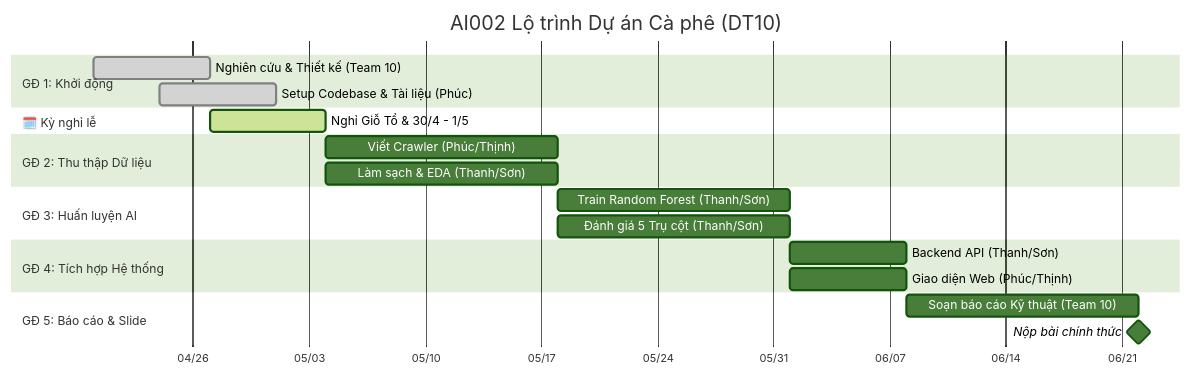
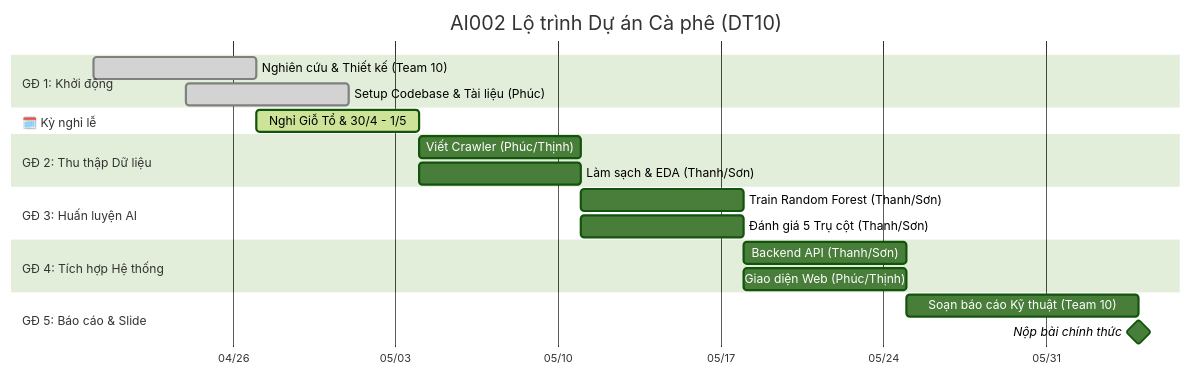
Before and after one commit to uit-25730067-chithanh/AI002-Team22-DT10: the diagram in docs/project-roadmap.md, drawn with Mermaid (forest theme). The commit also changed other lines of this file, not shown here.

First line of the commit message:
docs(roadmap): update project timeline and weekly tracker

````diff
--- a/docs/project-roadmap.md
+++ b/docs/project-roadmap.md
@@ -7,30 +7,30 @@
 ```mermaid
 gantt
     title AI002 Lộ trình Dự án Cà phê (DT10)
     dateFormat  YYYY-MM-DD
     tickInterval 1w
     axisFormat  %m/%d
 
     section GĐ 1: Khởi động
     Nghiên cứu & Thiết kế (Team 10)    :done, des1, 2026-04-20, 7d
     Setup Codebase & Tài liệu (Phúc)   :done, des2, 2026-04-24, 7d
 
     section 🗓️ Kỳ nghỉ lễ
     Nghỉ Giỗ Tổ & 30/4 - 1/5           :active, holiday, 2026-04-27, 7d
 
     section GĐ 2: Thu thập Dữ liệu
-    Viết Crawler (Phúc/Thịnh)        :des3, 2026-05-04, 14d
-    Làm sạch & EDA (Thanh/Sơn)       :des4, 2026-05-04, 14d
+    Viết Crawler (Phúc/Thịnh)        :des3, 2026-05-04, 7d
+    Làm sạch & EDA (Thanh/Sơn)       :des4, 2026-05-04, 7d
 
     section GĐ 3: Huấn luyện AI
-    Train Random Forest (Thanh/Sơn)  :des5, 2026-05-18, 14d
-    Đánh giá 5 Trụ cột (Thanh/Sơn)   :des6, 2026-05-18, 14d
+    Train Random Forest (Thanh/Sơn)  :des5, 2026-05-11, 7d
+    Đánh giá 5 Trụ cột (Thanh/Sơn)   :des6, 2026-05-11, 7d
 
     section GĐ 4: Tích hợp Hệ thống
-    Backend API (Thanh/Sơn)          :des7, 2026-06-01, 7d
-    Giao diện Web (Phúc/Thịnh)       :des8, 2026-06-01, 7d
+    Backend API (Thanh/Sơn)          :des7, 2026-05-18, 7d
+    Giao diện Web (Phúc/Thịnh)       :des8, 2026-05-18, 7d
 
     section GĐ 5: Báo cáo & Slide
-    Soạn báo cáo Kỹ thuật (Team 10)  :des9, 2026-06-08, 14d
-    Nộp bài chính thức               :milestone, des10, 2026-06-22, 0d
+    Soạn báo cáo Kỹ thuật (Team 10)  :des9, 2026-05-25, 10d
+    Nộp bài chính thức               :milestone, des10, 2026-06-04, 0d
 ```
````
